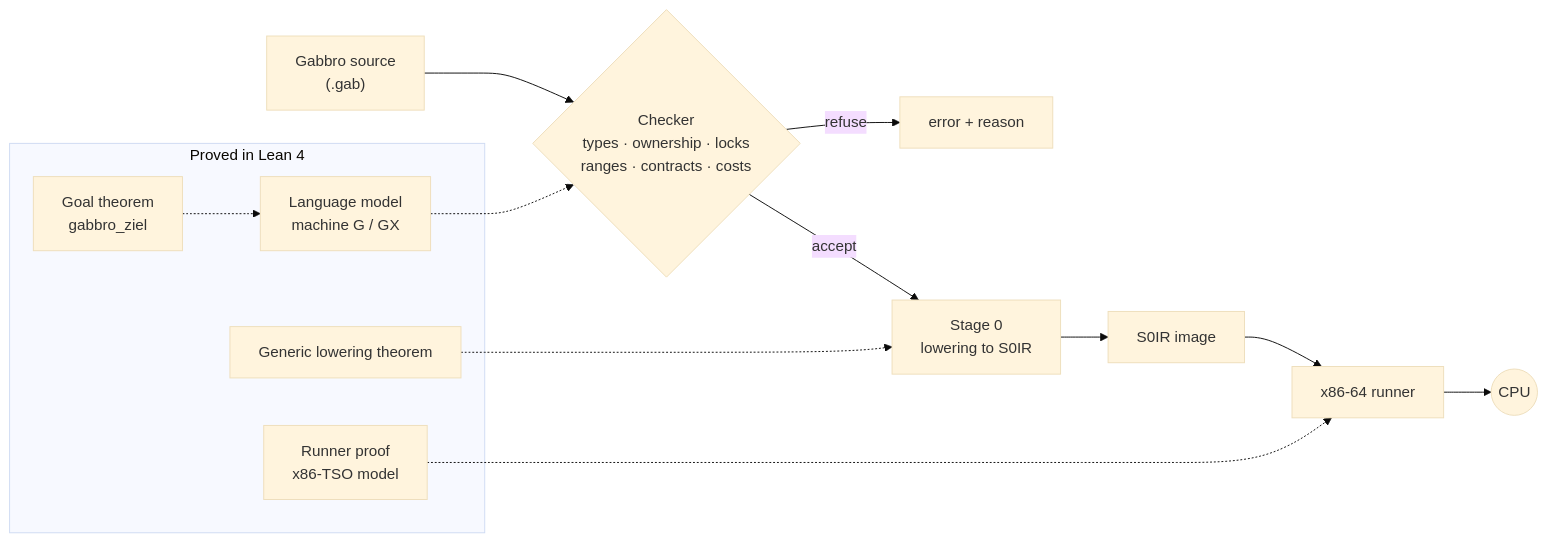
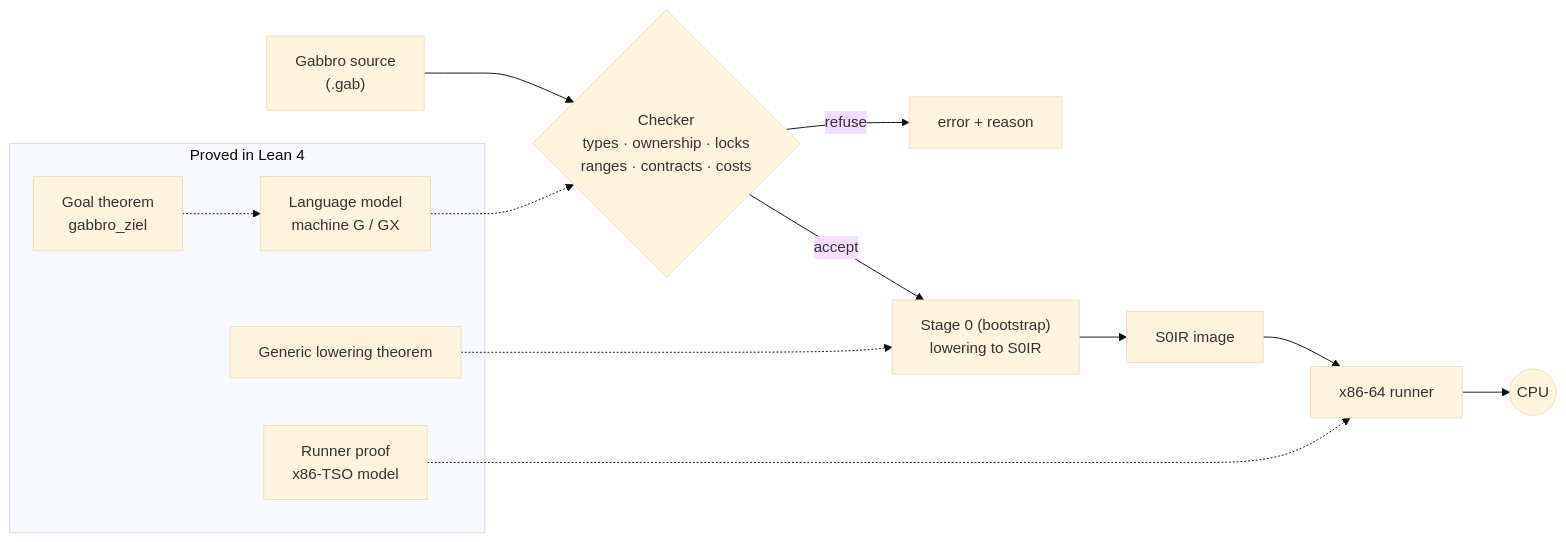
The diagram in README.md (SimonVitzethum/Gabbro), drawn with Mermaid (base theme) before and after one commit. The commit also changed other lines of this file and 7 other files, not shown here.

First line of the commit message:
docs(readme): new logo, Stage 0 as bootstrap only, real refusal output

````diff
--- a/README.md
+++ b/README.md
@@ -143,18 +186,18 @@
 ```mermaid
 flowchart LR
     src["Gabbro source<br/>(.gab)"] --> chk{"Checker<br/>types · ownership · locks<br/>ranges · contracts · costs"}
     chk -- refuse --> err["error + reason"]
-    chk -- accept --> s0["Stage 0<br/>lowering to S0IR"]
+    chk -- accept --> s0["Stage 0 (bootstrap)<br/>lowering to S0IR"]
     s0 --> img["S0IR image"] --> run["x86-64 runner"] --> cpu(("CPU"))
 
     subgraph lean ["Proved in Lean 4"]
       model["Language model<br/>machine G / GX"]
       goal["Goal theorem<br/>gabbro_ziel"]
       low["Generic lowering theorem"]
       rt["Runner proof<br/>x86-TSO model"]
     end
     model -.-> chk
     goal -.-> model
     low -.-> s0
     rt -.-> run
 ```
````
